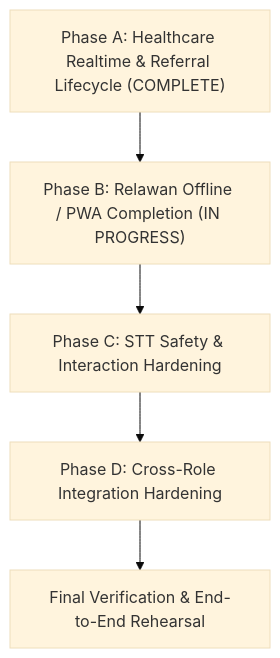
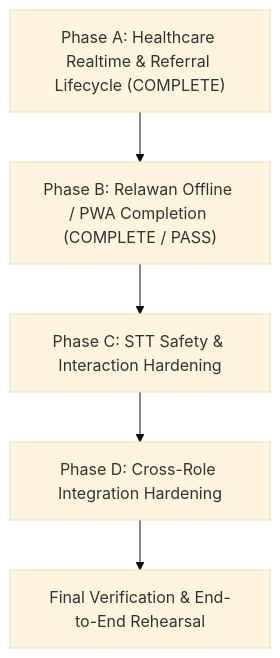
The diagram in docs/RAPID_MIND_TECHNICAL_PLAN.md (afrizaldwi/rapid-mind), drawn with Mermaid (base theme) before and after one commit. The commit also changed other lines of this file and 2 other files, not shown here.

Commit message:
docs: close phase B offline and PWA verification

````diff
--- a/docs/RAPID_MIND_TECHNICAL_PLAN.md
+++ b/docs/RAPID_MIND_TECHNICAL_PLAN.md
@@ -101,10 +101,10 @@
 ```mermaid
 flowchart TD
     PhaseA["Phase A: Healthcare Realtime & Referral Lifecycle (COMPLETE)"]
-   PhaseB["Phase B: Relawan Offline / PWA Completion (IN PROGRESS)"]
+   PhaseB["Phase B: Relawan Offline / PWA Completion (COMPLETE / PASS)"]
     PhaseC["Phase C: STT Safety & Interaction Hardening"]
     PhaseD["Phase D: Cross-Role Integration Hardening"]
     FinalVerif["Final Verification & End-to-End Rehearsal"]
 
     PhaseA --> PhaseB --> PhaseC --> PhaseD --> FinalVerif
 ```
````
